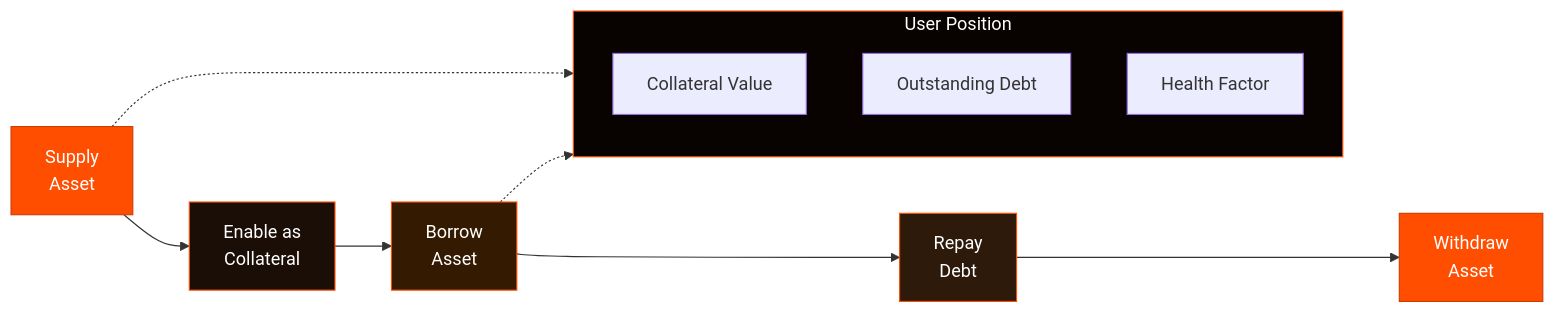
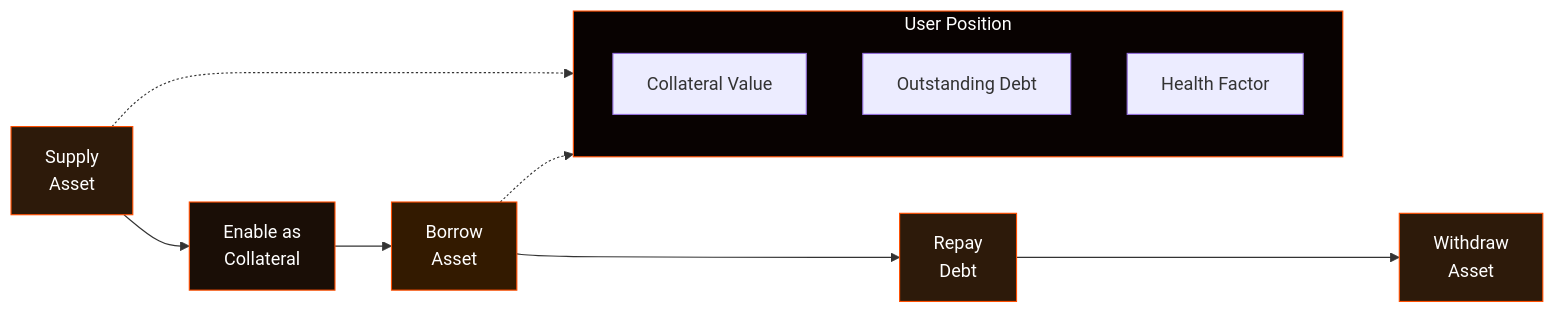
One commit to gatteo/wdk-docs changed the diagram in sdk/lending-modules/lending-aave-evm/README.md. Above: the diagram before and after it, drawn with Mermaid. The commit also changed 16 other files, not shown here.

Commit message:
docs: replace all primary orange backgrounds with dark tones in diagrams

````diff
--- a/sdk/lending-modules/lending-aave-evm/README.md
+++ b/sdk/lending-modules/lending-aave-evm/README.md
@@ -24,24 +24,24 @@
 ```mermaid
 flowchart LR
     Supply["Supply\nAsset"] --> Collateral["Enable as\nCollateral"]
     Collateral --> Borrow["Borrow\nAsset"]
     Borrow --> Repay["Repay\nDebt"]
     Repay --> Withdraw["Withdraw\nAsset"]
 
     subgraph Position["User Position"]
         direction TB
         COL["Collateral Value"]
         DEBT["Outstanding Debt"]
         HF["Health Factor"]
     end
 
     Supply -.-> Position
     Borrow -.-> Position
 
-    style Supply fill:#FF4E00,stroke:#cc3e00,color:#fff
+    style Supply fill:#2d1a0a,stroke:#FF4E00,color:#fff
     style Collateral fill:#1a0e06,stroke:#FF4E00,color:#fff
     style Borrow fill:#331a00,stroke:#FF4E00,color:#fff
     style Repay fill:#2d1a0a,stroke:#FF4E00,color:#fff
-    style Withdraw fill:#FF4E00,stroke:#cc3e00,color:#fff
+    style Withdraw fill:#2d1a0a,stroke:#FF4E00,color:#fff
     style Position fill:#080201,stroke:#FF4E00,color:#fff
 ```
````
